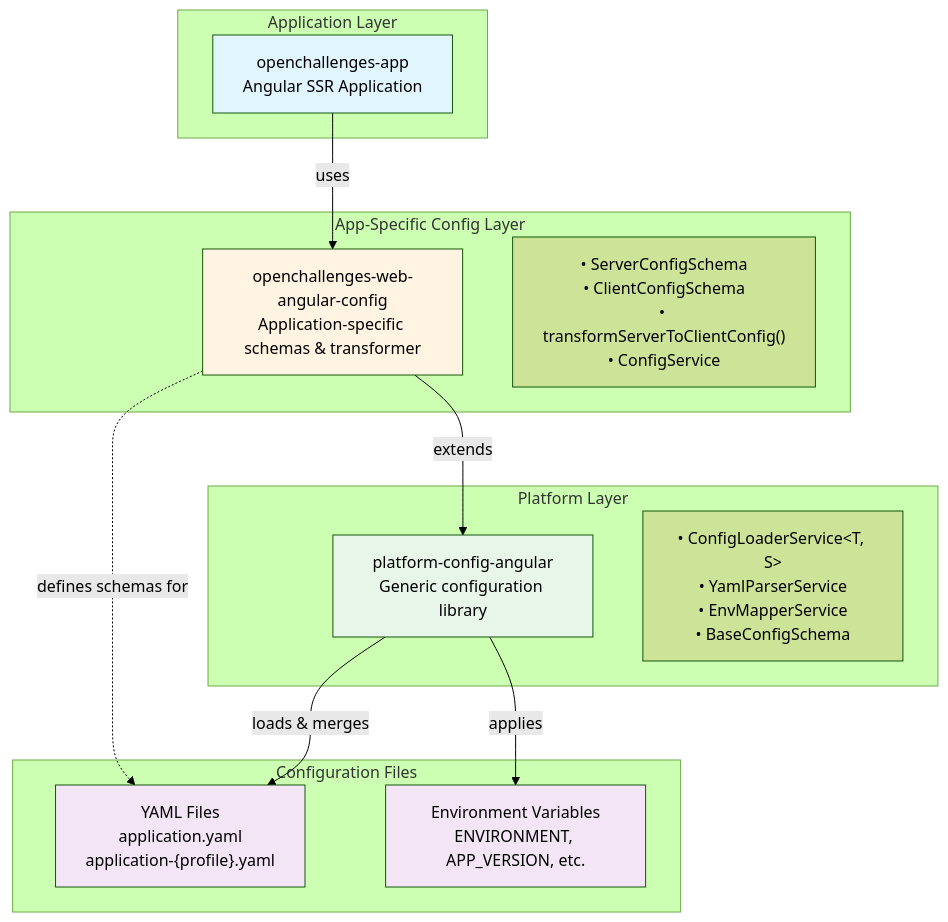
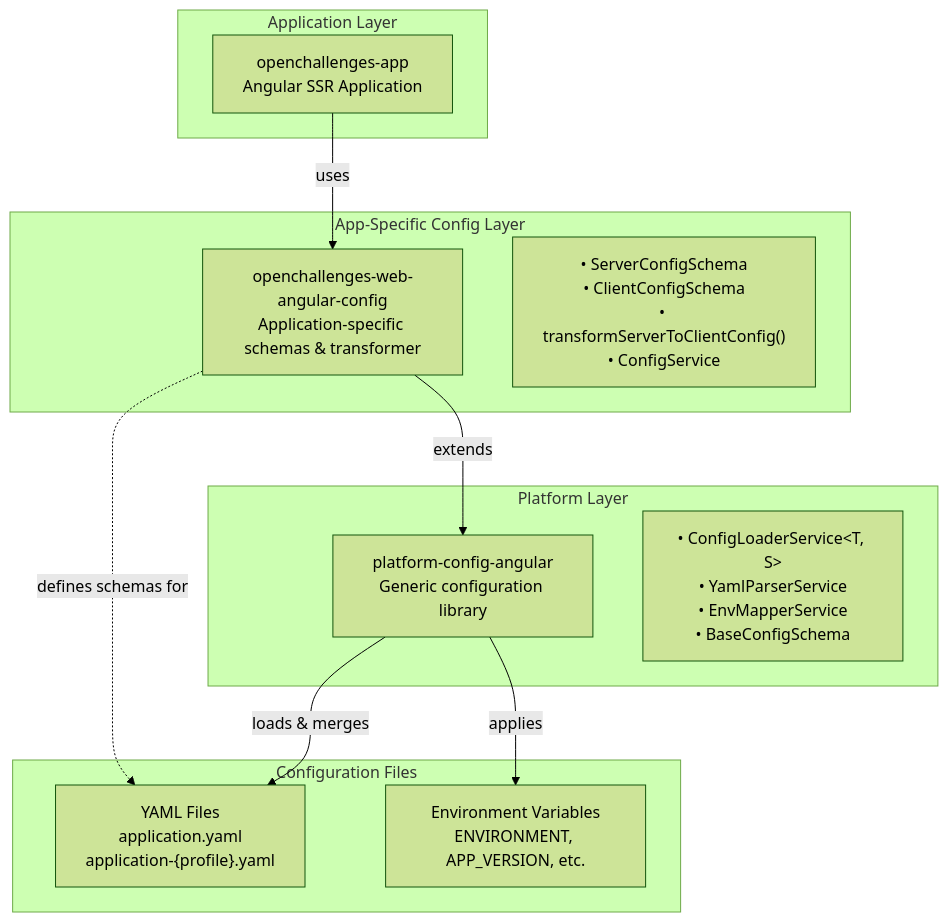
The diagram in libs/platform/config/angular/README.md (Sage-Bionetworks/sage-monorepo), drawn with Mermaid (forest theme) before and after one commit.

Commit message:
chore: remove theme from mermaid diagram

````diff
--- a/libs/platform/config/angular/README.md
+++ b/libs/platform/config/angular/README.md
@@ -22,33 +22,27 @@
 ```mermaid
 graph TB
     subgraph "Application Layer"
         APP[openchallenges-app<br/>Angular SSR Application]
     end
 
     subgraph "App-Specific Config Layer"
         APP_CONFIG[openchallenges-web-angular-config<br/>Application-specific schemas & transformer]
         APP_CONFIG_ITEMS["• ServerConfigSchema<br/>• ClientConfigSchema<br/>• transformServerToClientConfig()<br/>• ConfigService"]
     end
 
     subgraph "Platform Layer"
         PLATFORM_CONFIG[platform-config-angular<br/>Generic configuration library]
         PLATFORM_CONFIG_ITEMS["• ConfigLoaderService&lt;T, S&gt;<br/>• YamlParserService<br/>• EnvMapperService<br/>• BaseConfigSchema"]
     end
 
     subgraph "Configuration Files"
         YAML_FILES["YAML Files<br/>application.yaml<br/>application-{profile}.yaml"]
         ENV_VARS["Environment Variables<br/>ENVIRONMENT, APP_VERSION, etc."]
     end
 
     APP -->|uses| APP_CONFIG
     APP_CONFIG -->|extends| PLATFORM_CONFIG
     APP_CONFIG -.->|defines schemas for| YAML_FILES
     PLATFORM_CONFIG -->|loads & merges| YAML_FILES
     PLATFORM_CONFIG -->|applies| ENV_VARS
-
-    style APP fill:#e1f5ff
-    style APP_CONFIG fill:#fff4e1
-    style PLATFORM_CONFIG fill:#e8f5e9
-    style YAML_FILES fill:#f3e5f5
-    style ENV_VARS fill:#f3e5f5
 ```
````
